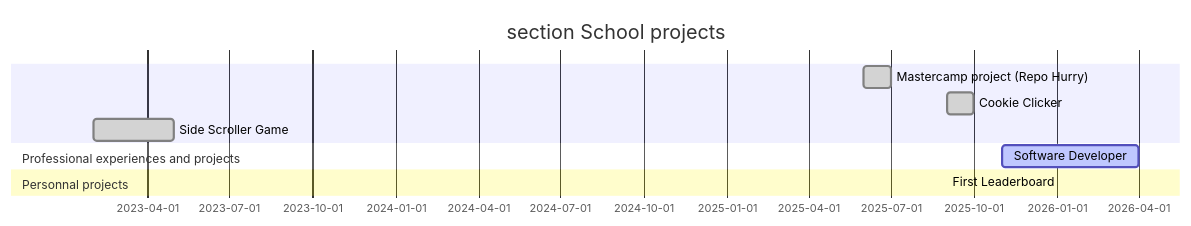
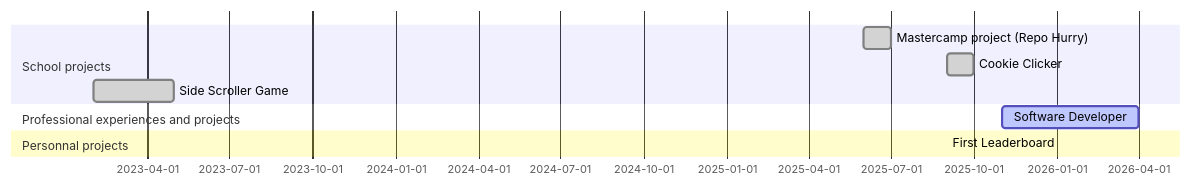
One commit to Rowuni/Rowuni changed the diagram in Readme.md. Above: the diagram before and after it, drawn with Mermaid. The commit also changed other lines of this file, not shown here.

Commit message:
Fix on the roadmap

````diff
--- a/Readme.md
+++ b/Readme.md
@@ -192,13 +192,12 @@
 ```mermaid
 gantt
-    title
     section School projects
     Mastercamp project (Repo Hurry)       :done, 2025-06, 2025-07
     Cookie Clicker         :done, 2025-09, 2025-10
     Side Scroller Game       :done, 2023-02, 2023-05
     dateFormat  YYYY-MM
     section Professional experiences and projects
     Software Developer           :active, 2025-11, 2026-04
     section Personnal projects
     First Leaderboard       :active, 2025-09
 ```
````
